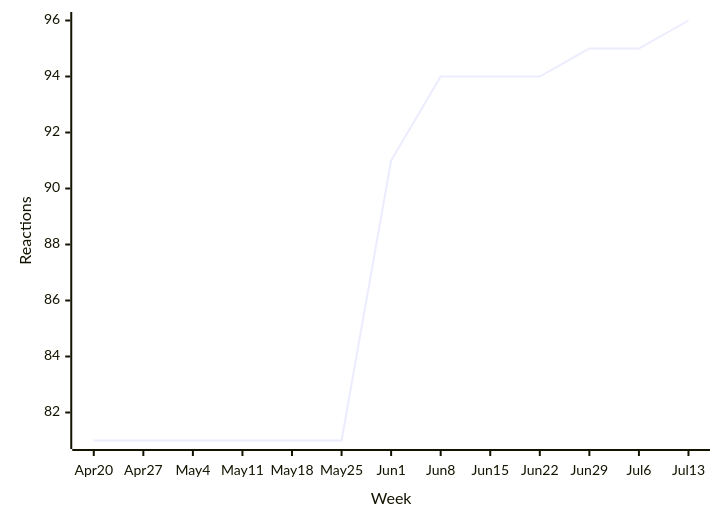
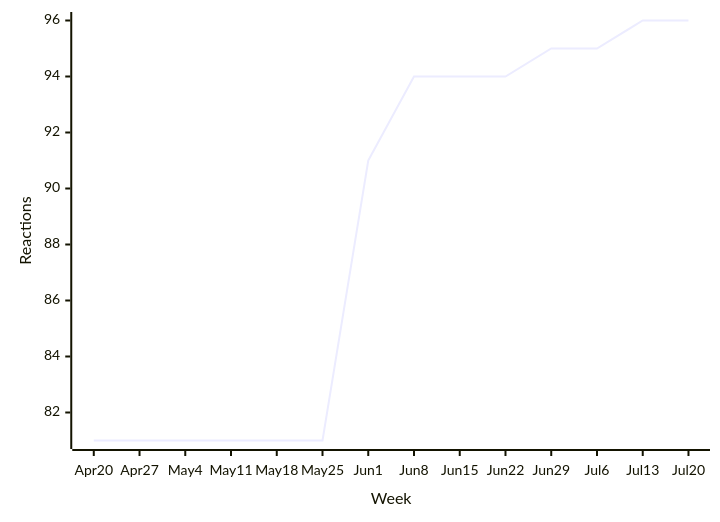
Diagram 11 of 48 in README.md (loic-sharma/github-insights), drawn with Mermaid before and after one commit. The commit also changed other lines of this file and 3 other files, not shown here.

````diff
--- a/README.md
+++ b/README.md
@@ -509,6 +509,6 @@
   ```mermaid
   xychart-beta
-    x-axis "Week" [Apr 20, Apr 27, May 4, May 11, May 18, May 25, Jun 1, Jun 8, Jun 15, Jun 22, Jun 29, Jul 6, Jul 13]
+    x-axis "Week" [Apr 20, Apr 27, May 4, May 11, May 18, May 25, Jun 1, Jun 8, Jun 15, Jun 22, Jun 29, Jul 6, Jul 13, Jul 20]
     y-axis "Reactions"
-    line [81, 81, 81, 81, 81, 81, 91, 94, 94, 94, 95, 95, 96]
+    line [81, 81, 81, 81, 81, 81, 91, 94, 94, 94, 95, 95, 96, 96]
   ```
````
